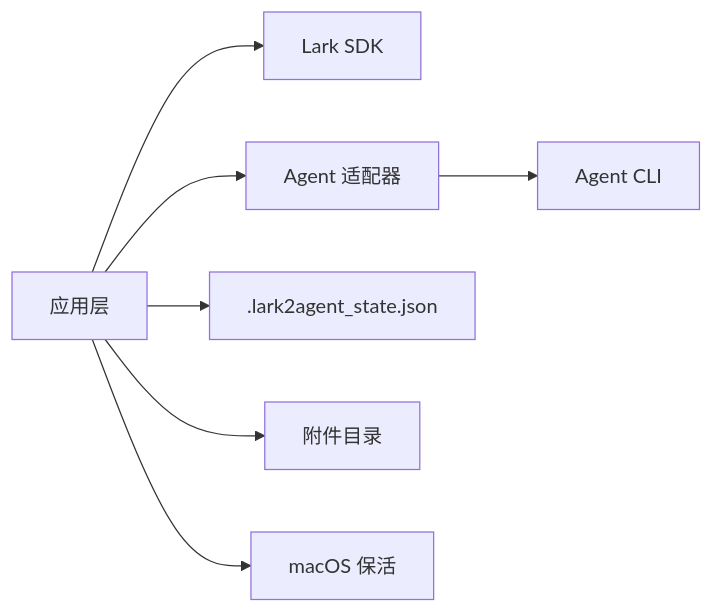
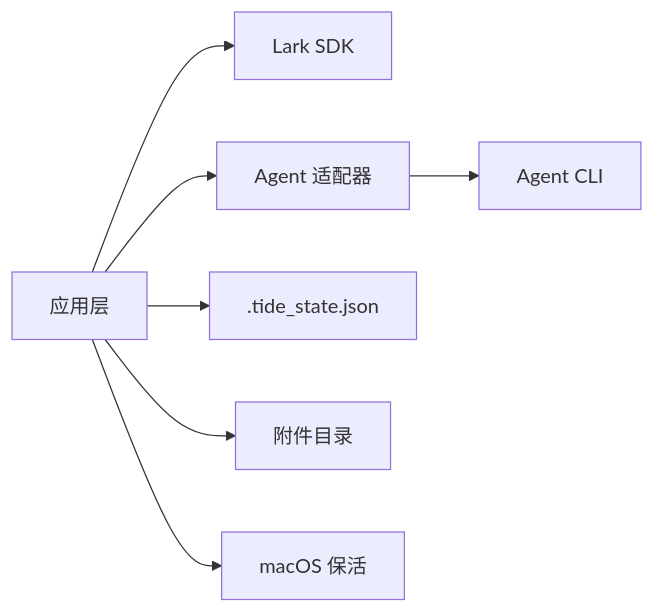
Before and after one commit to winditer/tide: the seventh of 7 diagrams in .qoder/repowiki/zh/content/高级特性/高级特性.md, drawn with Mermaid. The commit also changed other lines of this file and 260 other files, not shown here.

````diff
--- a/.qoder/repowiki/zh/content/高级特性/高级特性.md
+++ b/.qoder/repowiki/zh/content/高级特性/高级特性.md
@@ -321,9 +321,9 @@
 ```mermaid
 graph LR
 APP["应用层"] --> SDK["Lark SDK"]
 APP --> ADP["Agent 适配器"]
 ADP --> CLI["Agent CLI"]
-APP --> STATE[".lark2agent_state.json"]
+APP --> STATE[".tide_state.json"]
 APP --> ATT["附件目录"]
 APP --> OS["macOS 保活"]
 ```
````
